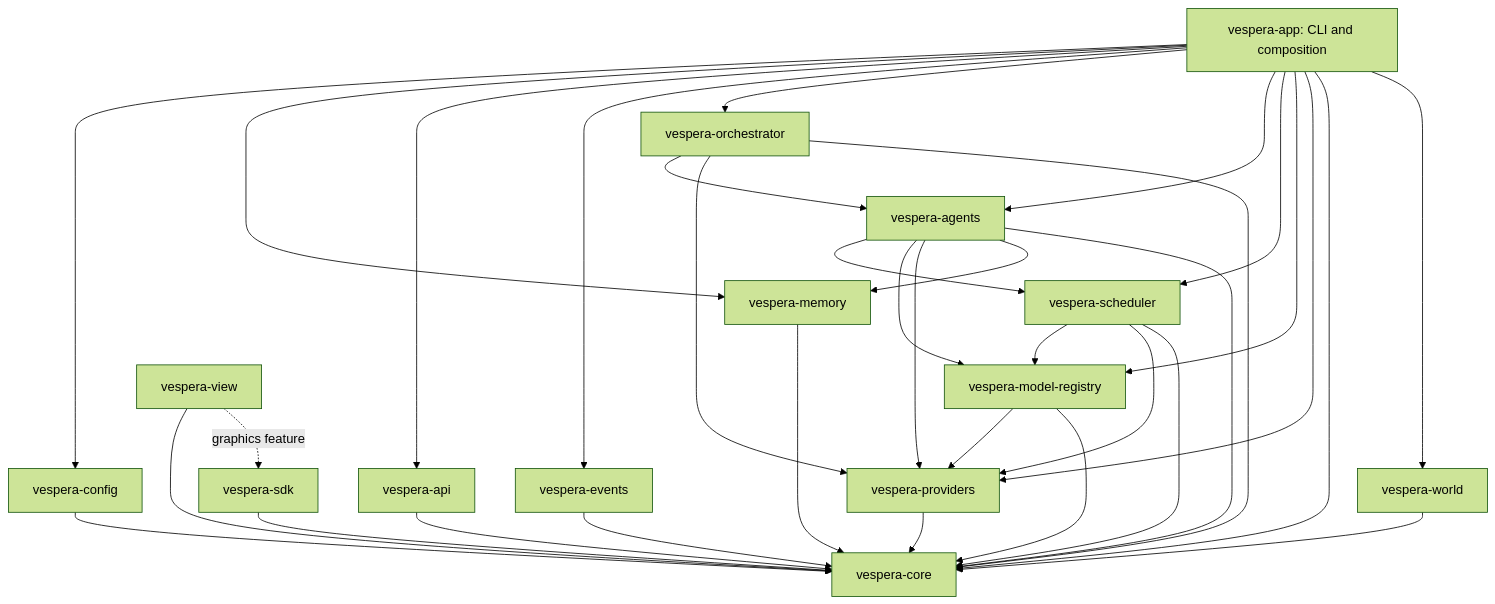
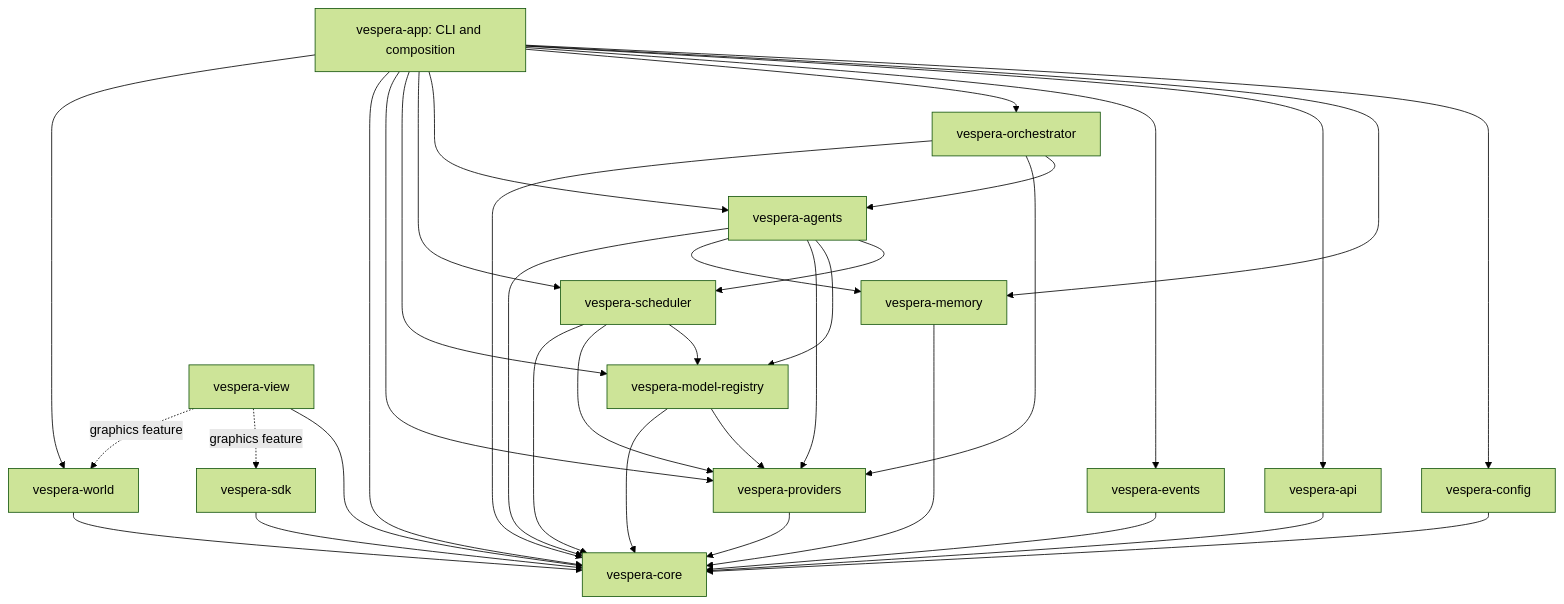
Before and after one commit to ShamelesAbyss/Vespera: the diagram in docs/ARCHITECTURE.md, drawn with Mermaid (forest theme). The commit also changed other lines of this file and 10 other files, not shown here.

````diff
--- a/docs/ARCHITECTURE.md
+++ b/docs/ARCHITECTURE.md
@@ -17,36 +17,37 @@
 ```mermaid
 flowchart TD
     App[vespera-app: CLI and composition] --> Config[vespera-config]
     App --> Memory
     App --> API[vespera-api]
     App --> Events[vespera-events]
     App --> Orchestrator
     App --> Agents[vespera-agents]
     App --> Scheduler[vespera-scheduler]
     App --> Registry[vespera-model-registry]
     App --> Providers[vespera-providers]
     App --> Core[vespera-core]
     API --> Core
     Events --> Core
     SDK[vespera-sdk] --> Core
     View[vespera-view] --> Core
     View -. graphics feature .-> SDK
+    View -. graphics feature .-> World
     App --> World[vespera-world]
     World --> Core
     Orchestrator[vespera-orchestrator] --> Agents
     Orchestrator --> Providers
     Orchestrator --> Core
     Config --> Core
     Agents --> Scheduler
     Agents --> Registry
     Agents --> Providers
     Agents --> Memory[vespera-memory]
     Memory --> Core
     Agents --> Core
     Scheduler --> Registry
     Scheduler --> Providers
     Scheduler --> Core
     Registry --> Providers
     Registry --> Core
     Providers --> Core
 ```
````
